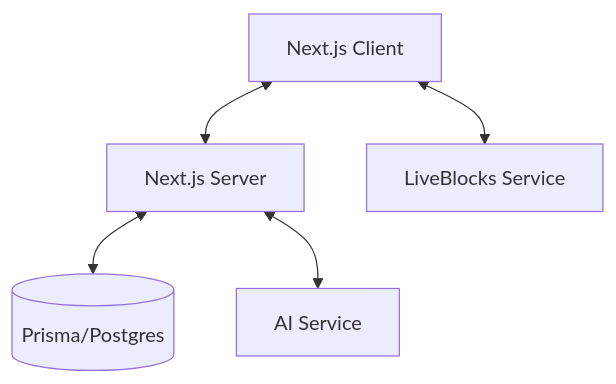
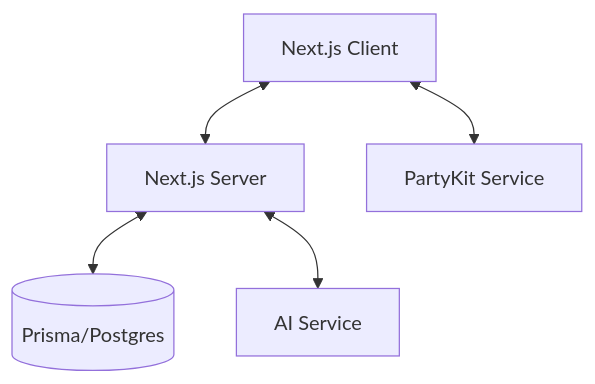
Before and after one commit to Nainish-Rai/paper_ai: the diagram in memory-bank/systemPatterns.md, drawn with Mermaid. The commit also changed other lines of this file and 4 other files, not shown here.

````diff
--- a/memory-bank/systemPatterns.md
+++ b/memory-bank/systemPatterns.md
@@ -7,13 +7,13 @@
 ```mermaid
 flowchart TD
     Client[Next.js Client]
     Server[Next.js Server]
     DB[(Prisma/Postgres)]
-    LiveBlocks[LiveBlocks Service]
+    PartyKit[PartyKit Service]
     AI[AI Service]
 
     Client <--> Server
     Server <--> DB
-    Client <--> LiveBlocks
+    Client <--> PartyKit
     Server <--> AI
 ```
````
